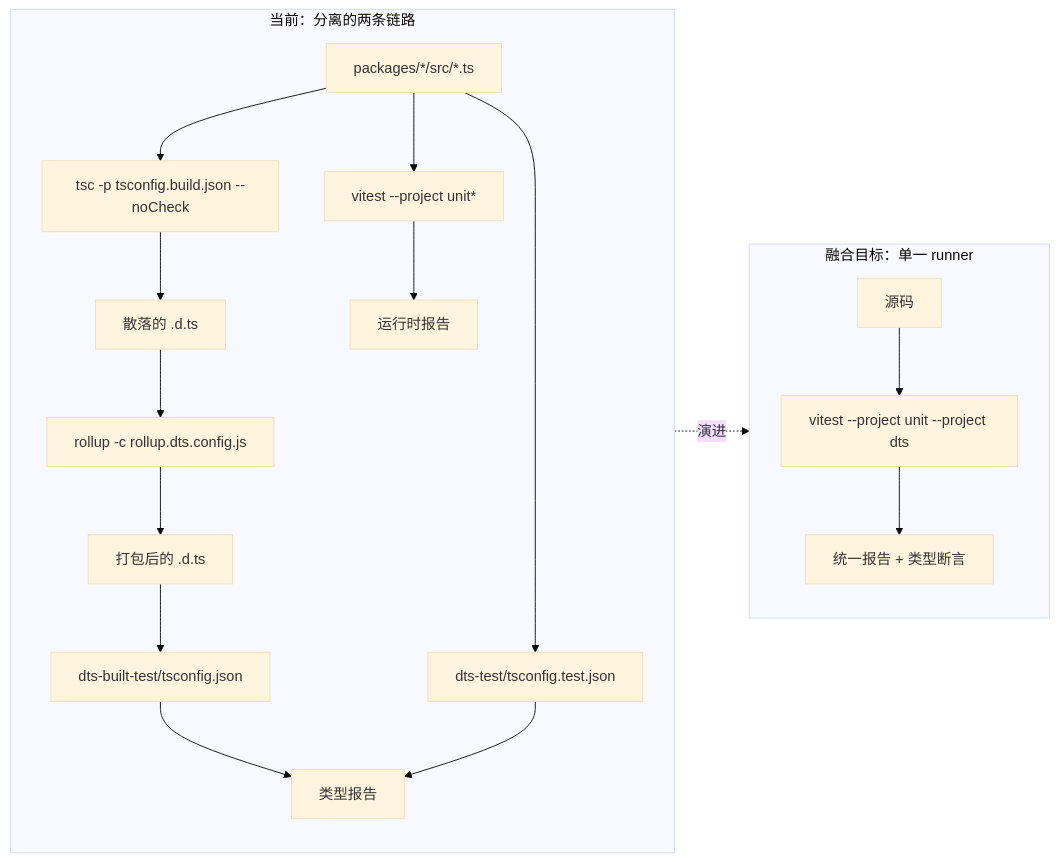
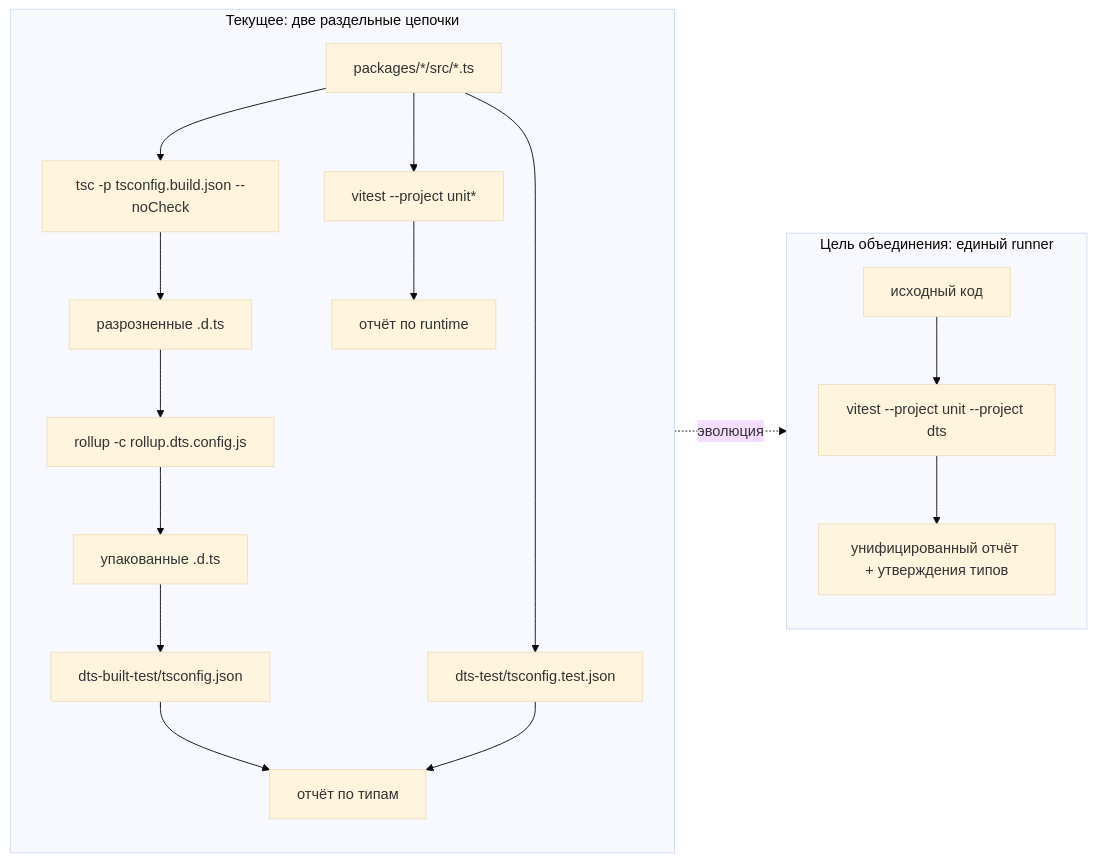
One commit to maleRjc/AiReadCodeBooks changed the second of 3 diagrams in books/vue3/ru/14-architecture-evolution-and-best-practices.md. Above: the diagram before and after it, drawn with Mermaid (base theme). The commit also changed other lines of this file and 74 other files, not shown here.

````diff
--- a/books/vue3/ru/14-architecture-evolution-and-best-practices.md
+++ b/books/vue3/ru/14-architecture-evolution-and-best-practices.md
@@ -179,20 +179,20 @@
 ```mermaid
 flowchart LR
-    subgraph current["当前：分离的两条链路"]
+    subgraph current["Текущее: две раздельные цепочки"]
         src["packages/*/src/*.ts"] --> tsc_build["tsc -p tsconfig.build.json --noCheck"]
-        tsc_build --> raw_dts["散落的 .d.ts"]
+        tsc_build --> raw_dts["разрозненные .d.ts"]
         raw_dts --> rollup_dts["rollup -c rollup.dts.config.js"]
-        rollup_dts --> built_dts["打包后的 .d.ts"]
+        rollup_dts --> built_dts["упакованные .d.ts"]
         built_dts --> dts_built_test["dts-built-test/tsconfig.json"]
         src --> dts_test["dts-test/tsconfig.test.json"]
         src --> vitest_unit["vitest --project unit*"]
-        dts_built_test --> report_a["类型报告"]
+        dts_built_test --> report_a["отчёт по типам"]
         dts_test --> report_a
-        vitest_unit --> report_b["运行时报告"]
+        vitest_unit --> report_b["отчёт по runtime"]
     end
-    subgraph future["融合目标：单一 runner"]
-        src2["源码"] --> vitest_all["vitest --project unit --project dts"]
-        vitest_all --> unified["统一报告 + 类型断言"]
+    subgraph future["Цель объединения: единый runner"]
+        src2["исходный код"] --> vitest_all["vitest --project unit --project dts"]
+        vitest_all --> unified["унифицированный отчёт + утверждения типов"]
     end
-    current -.演进.-> future
+    current -.эволюция.-> future
 ```
````
